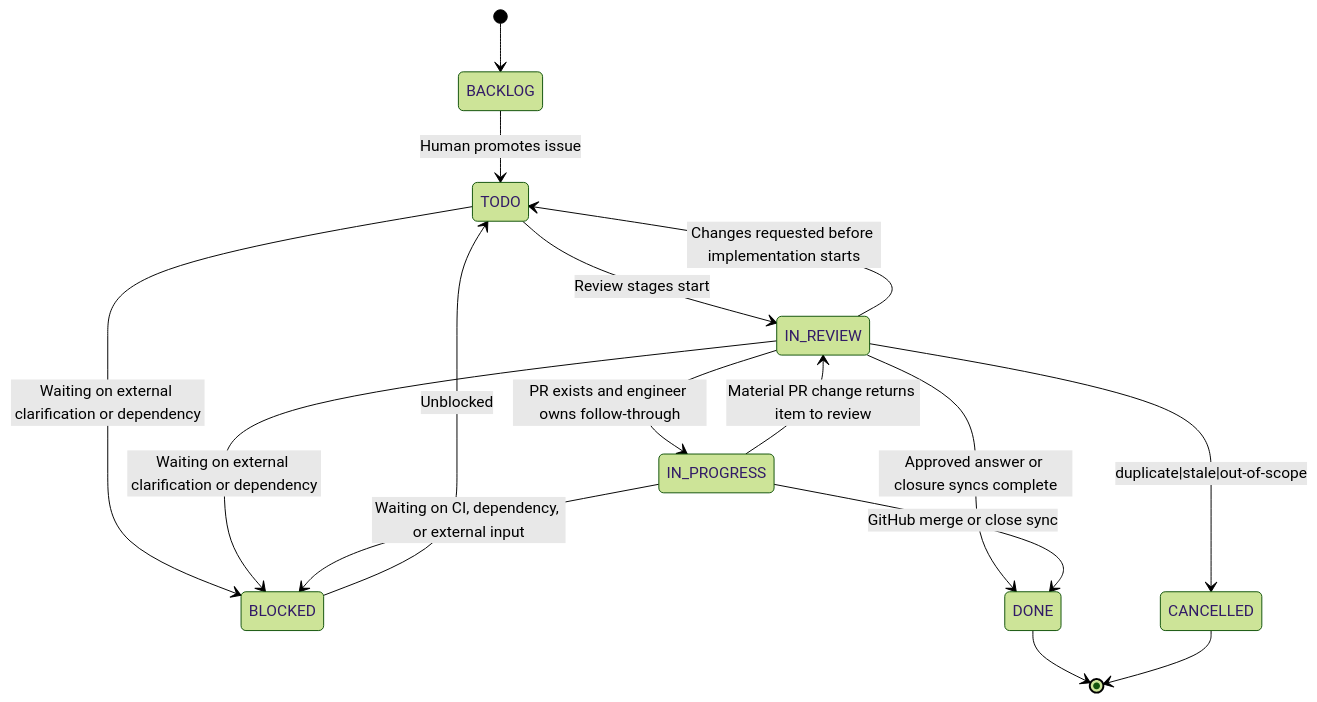
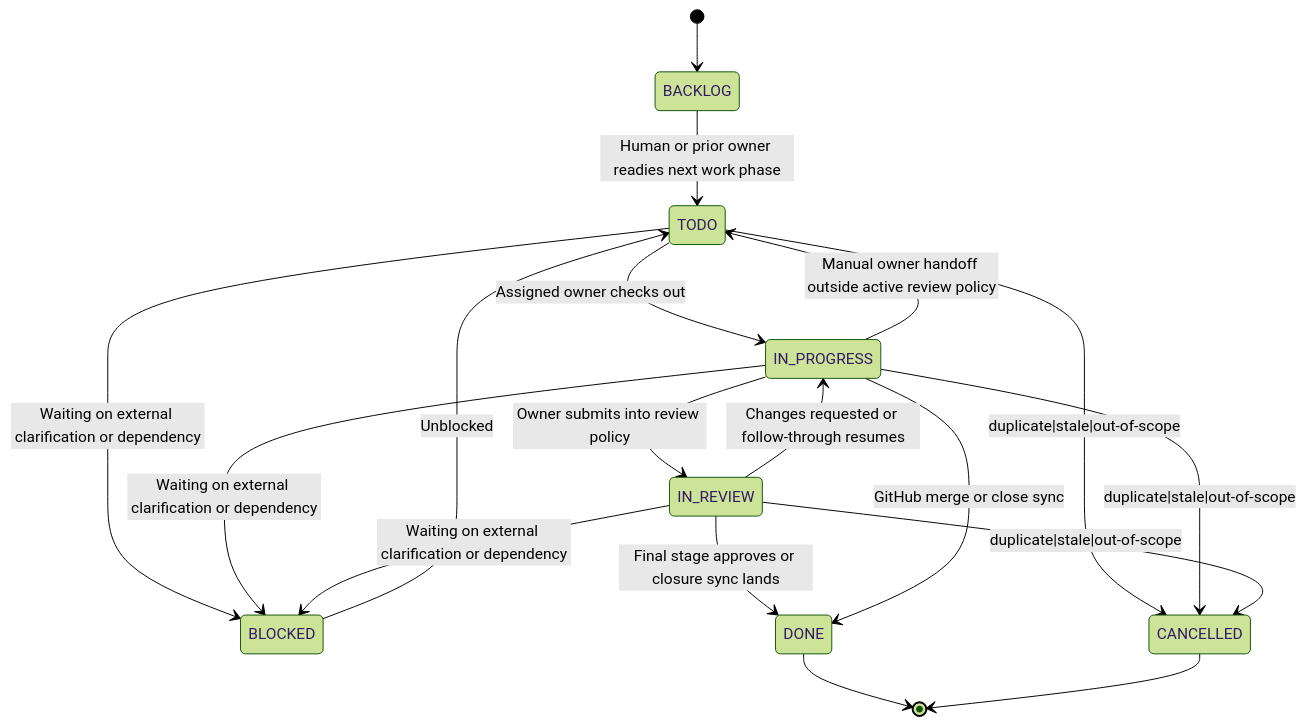
Before and after one commit to alvarosanchez/micronaut-agent-company: the first of 2 diagrams in README.md, drawn with Mermaid (forest theme). The commit also changed other lines of this file and 17 other files, not shown here.

````diff
--- a/README.md
+++ b/README.md
@@ -81,19 +83,21 @@
 ```mermaid
 stateDiagram-v2
     [*] --> BACKLOG
-    BACKLOG --> TODO: Human promotes issue
-    TODO --> IN_REVIEW: Review stages start
+    BACKLOG --> TODO: Human or prior owner readies next work phase
+    TODO --> IN_PROGRESS: Assigned owner checks out
     TODO --> BLOCKED: Waiting on external clarification or dependency
+    IN_PROGRESS --> TODO: Manual owner handoff outside active review policy
+    IN_PROGRESS --> IN_REVIEW: Owner submits into review policy
+    IN_PROGRESS --> BLOCKED: Waiting on external clarification or dependency
     BLOCKED --> TODO: Unblocked
-    IN_REVIEW --> TODO: Changes requested before implementation starts
+    IN_REVIEW --> IN_PROGRESS: Changes requested or follow-through resumes
     IN_REVIEW --> BLOCKED: Waiting on external clarification or dependency
-    IN_REVIEW --> IN_PROGRESS: PR exists and engineer owns follow-through
-    IN_REVIEW --> DONE: Approved answer or closure syncs complete
+    IN_REVIEW --> DONE: Final stage approves or closure sync lands
+    IN_PROGRESS --> DONE: GitHub merge or close sync
+    TODO --> CANCELLED: duplicate|stale|out-of-scope
+    IN_PROGRESS --> CANCELLED: duplicate|stale|out-of-scope
     IN_REVIEW --> CANCELLED: duplicate|stale|out-of-scope
-    IN_PROGRESS --> IN_REVIEW: Material PR change returns item to review
-    IN_PROGRESS --> BLOCKED: Waiting on CI, dependency, or external input
-    IN_PROGRESS --> DONE: GitHub merge or close sync
 
     DONE --> [*]
     CANCELLED --> [*]
 ```
````
